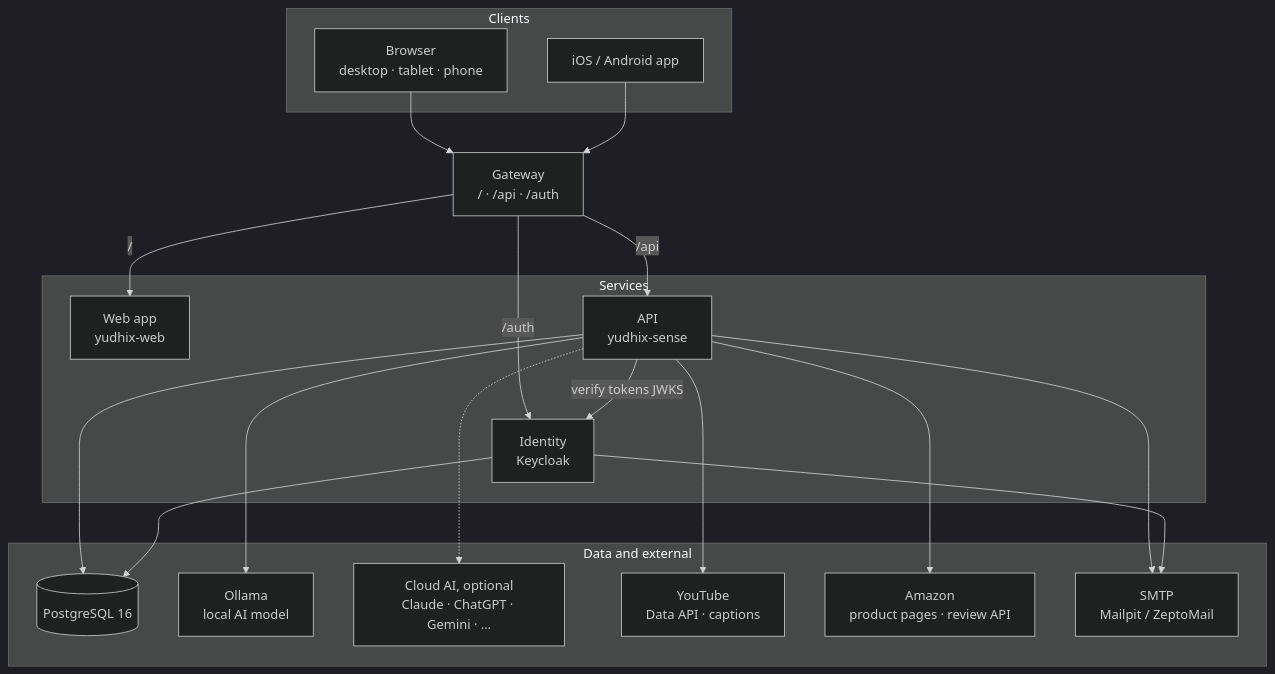
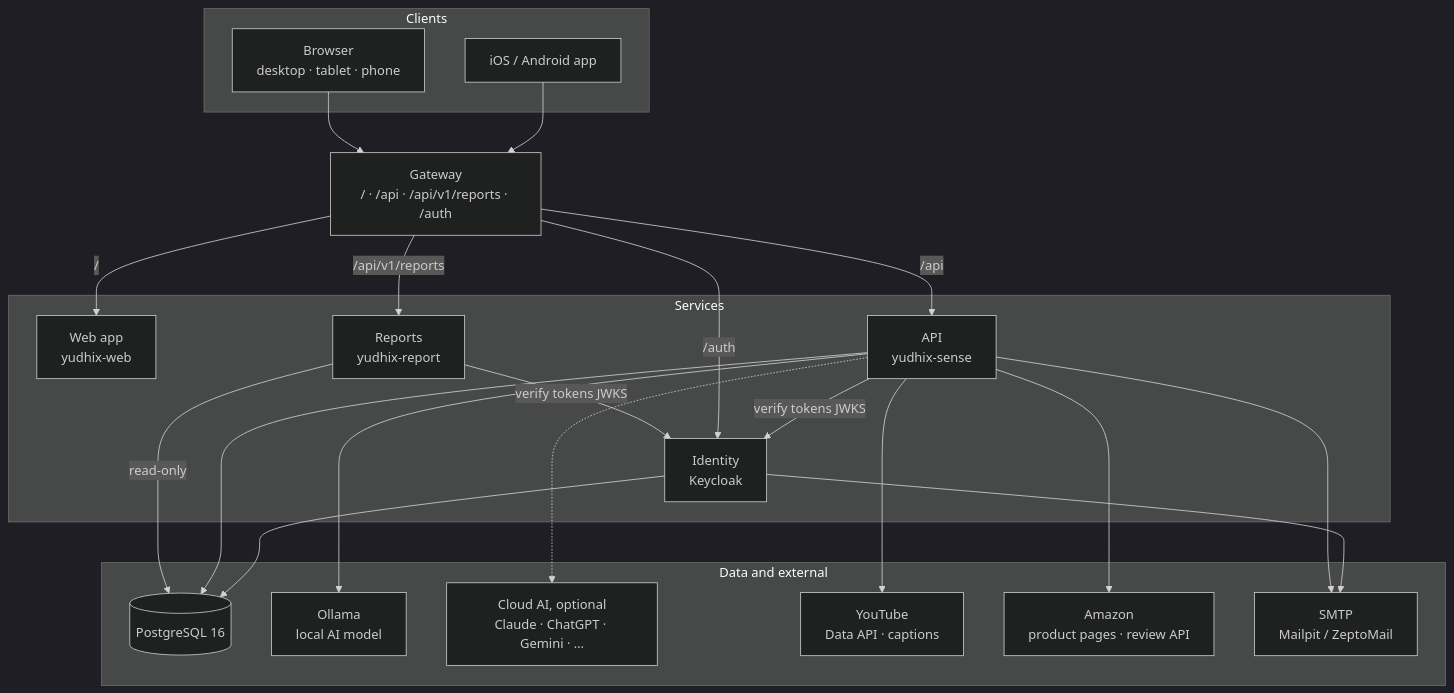
The fourth of 6 diagrams in README.md (83-TechWorld/yudhix), drawn with Mermaid (dark theme) before and after one commit. The commit also changed other lines of this file and 34 other files, not shown here.

````diff
--- a/README.md
+++ b/README.md
@@ -233,39 +270,43 @@
 ```mermaid
 flowchart TB
     subgraph Clients
         WEB[Browser<br/>desktop · tablet · phone]
         APP[iOS / Android app]
     end
 
-    GW[Gateway<br/>/ · /api · /auth]
+    GW[Gateway<br/>/ · /api · /api/v1/reports · /auth]
 
     subgraph Services
         UI[Web app<br/>yudhix-web]
         API[API<br/>yudhix-sense]
+        REP[Reports<br/>yudhix-report]
         KC[Identity<br/>Keycloak]
     end
 
     subgraph EXT ["Data and external"]
         DB[(PostgreSQL 16)]
         LLM[Ollama<br/>local AI model]
         CLOUD[Cloud AI, optional<br/>Claude · ChatGPT · Gemini · …]
         YT[YouTube<br/>Data API · captions]
         AMZ[Amazon<br/>product pages · review API]
         MAIL[SMTP<br/>Mailpit / ZeptoMail]
     end
 
     WEB --> GW
     APP --> GW
     GW -->|/| UI
     GW -->|/api| API
+    GW -->|/api/v1/reports| REP
+    REP -->|read-only| DB
+    REP -->|verify tokens JWKS| KC
     GW -->|/auth| KC
     API -->|verify tokens JWKS| KC
     API --> DB
     KC --> DB
     API --> LLM
     API -.-> CLOUD
     API --> YT
     API --> AMZ
     API --> MAIL
     KC --> MAIL
 ```
````
